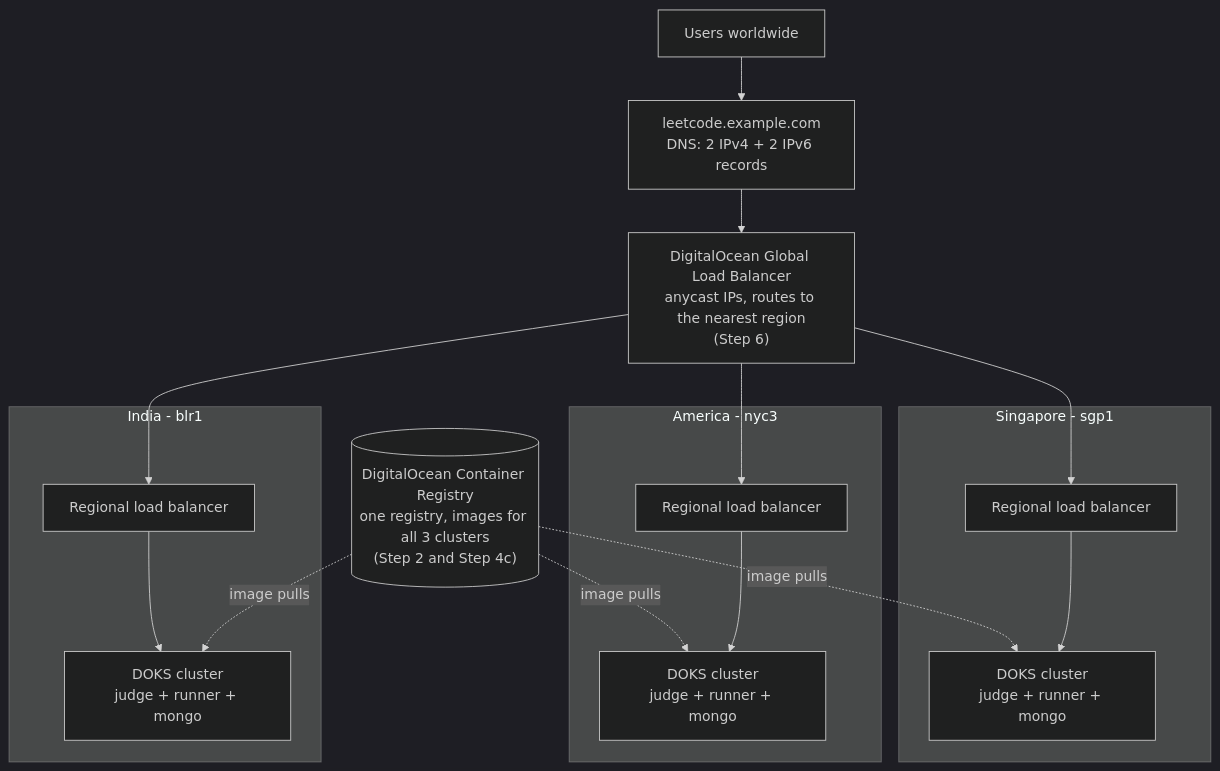
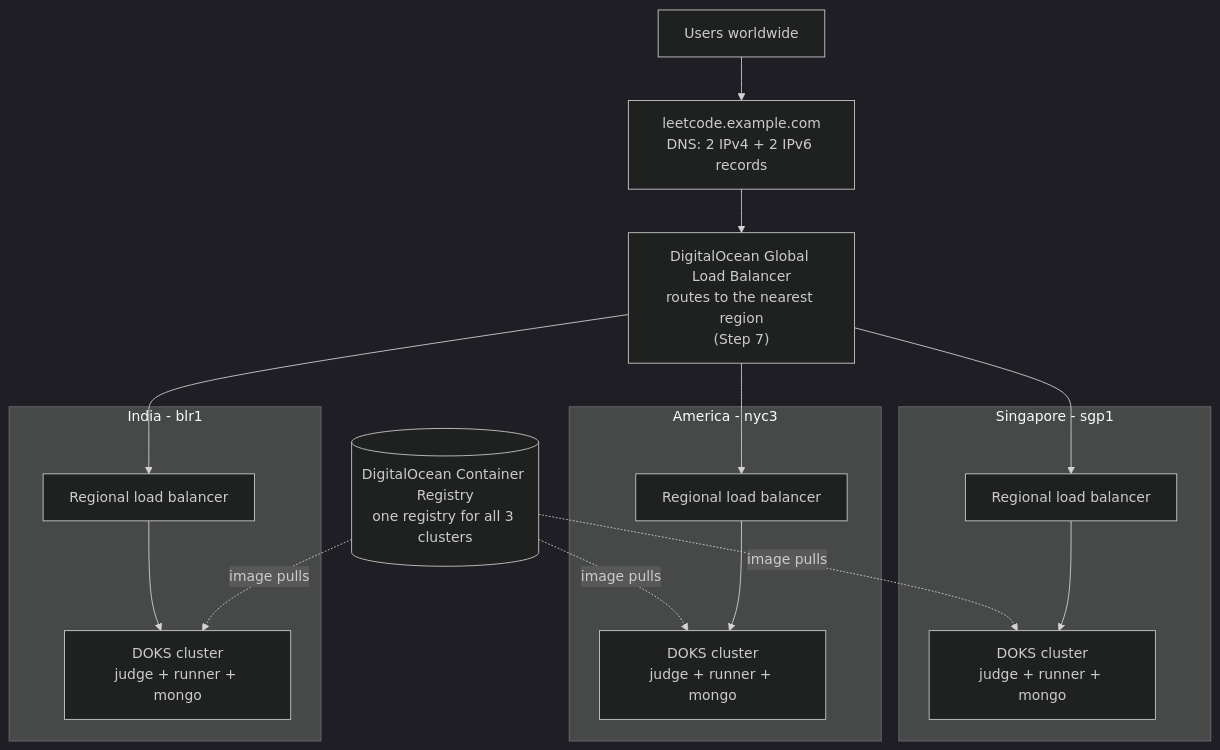
One commit to ShivanshKumar760/devops_v2 changed the first of 6 diagrams in leepcodev2/GUIDE.md. Above: the diagram before and after it, drawn with Mermaid (dark theme). The commit also changed other lines of this file and 11 other files, not shown here.

````diff
--- a/leepcodev2/GUIDE.md
+++ b/leepcodev2/GUIDE.md
@@ -9,23 +9,23 @@
 ```mermaid
 flowchart TB
     users["Users worldwide"] --> dns["leetcode.example.com<br/>DNS: 2 IPv4 + 2 IPv6 records"]
-    dns --> glb["DigitalOcean Global Load Balancer<br/>anycast IPs, routes to the nearest region<br/>(Step 6)"]
-    reg[("DigitalOcean Container Registry<br/>one registry, images for all 3 clusters<br/>(Step 2 and Step 4c)")]
+    dns --> glb["DigitalOcean Global Load Balancer<br/>routes to the nearest region<br/>(Step 7)"]
+    reg[("DigitalOcean Container Registry<br/>one registry for all 3 clusters")]
 
     subgraph india["India - blr1"]
         lb1["Regional load balancer"] --> c1["DOKS cluster<br/>judge + runner + mongo"]
     end
     subgraph america["America - nyc3"]
         lb2["Regional load balancer"] --> c2["DOKS cluster<br/>judge + runner + mongo"]
     end
     subgraph singapore["Singapore - sgp1"]
         lb3["Regional load balancer"] --> c3["DOKS cluster<br/>judge + runner + mongo"]
     end
 
     glb --> lb1
     glb --> lb2
     glb --> lb3
     reg -.->|image pulls| c1
     reg -.->|image pulls| c2
     reg -.->|image pulls| c3
 ```
````
